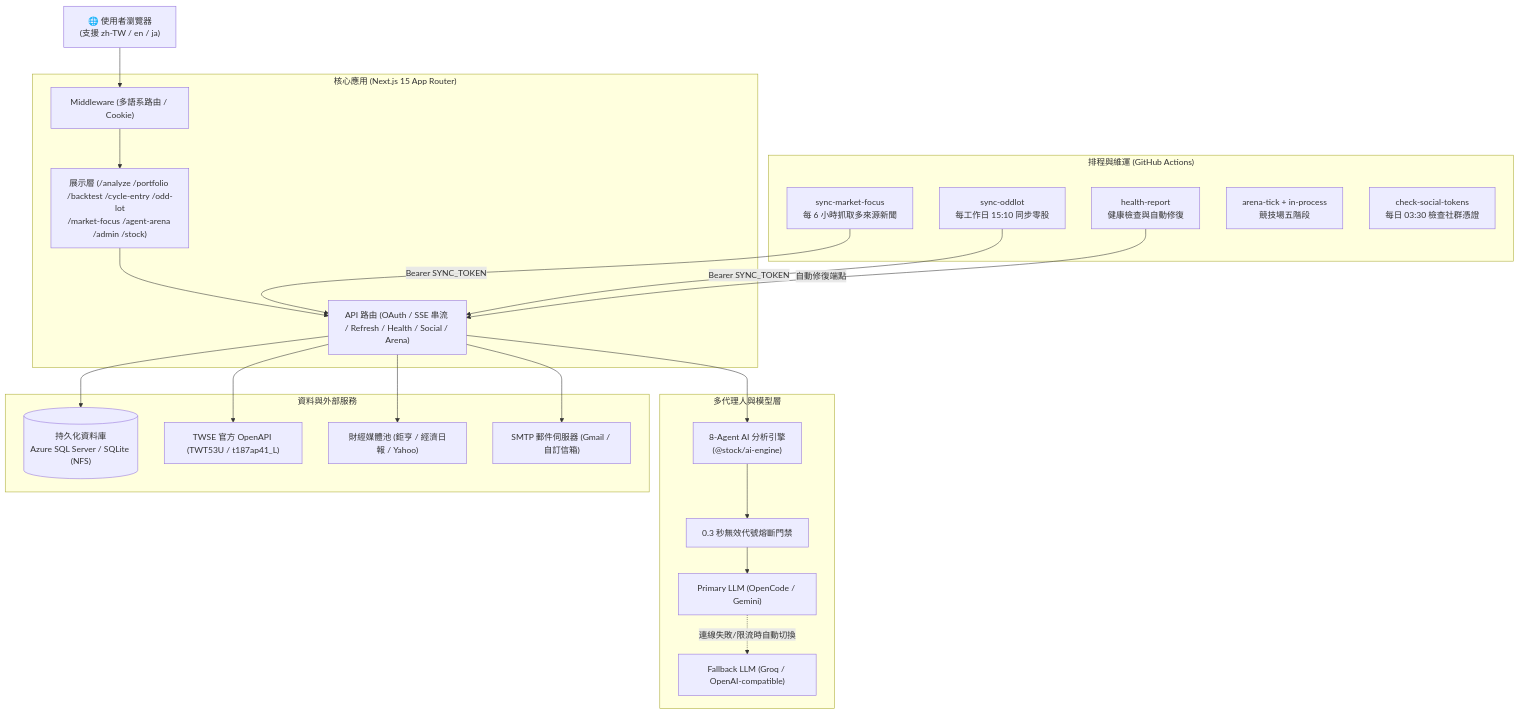
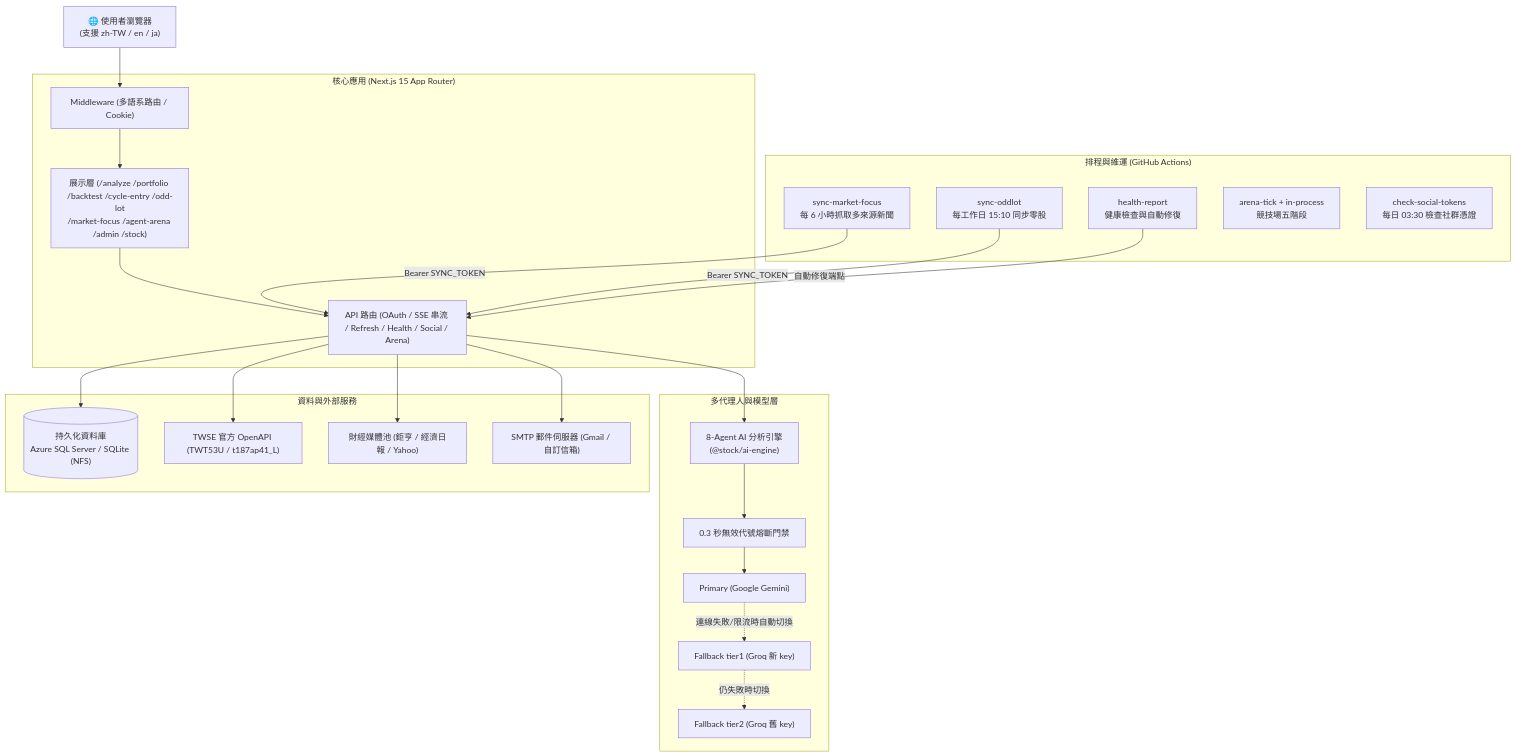
The diagram in docs/architecture-and-tech.md (YozoraRoy/vestential), drawn with Mermaid before and after one commit. The commit also changed other lines of this file and 4 other files, not shown here.

````diff
--- a/docs/architecture-and-tech.md
+++ b/docs/architecture-and-tech.md
@@ -9,46 +9,48 @@
 ```mermaid
 flowchart TB
     User["🌐 使用者瀏覽器<br/>(支援 zh-TW / en / ja)"]
 
     subgraph Actions["排程與維運 (GitHub Actions)"]
         Cron_MF["sync-market-focus<br/>每 6 小時抓取多來源新聞"]
         Cron_ODD["sync-oddlot<br/>每工作日 15:10 同步零股"]
         Cron_Health["health-report<br/>健康檢查與自動修復"]
         Cron_ARENA["arena-tick + in-process<br/>競技場五階段"]
         Cron_SOCIAL["check-social-tokens<br/>每日 03:30 檢查社群憑證"]
     end
 
     subgraph Web["核心應用 (Next.js 15 App Router)"]
         MW["Middleware (多語系路由 / Cookie)"]
         Pages["展示層 (/analyze /portfolio /backtest /cycle-entry /odd-lot<br/>/market-focus /agent-arena /admin /stock)"]
         API["API 路由 (OAuth / SSE 串流 / Refresh / Health / Social / Arena)"]
     end
 
     subgraph CoreEngine["多代理人與模型層"]
         AgentEngine["8-Agent AI 分析引擎<br/>(@stock/ai-engine)"]
         Guard["0.3 秒無效代號熔斷門禁"]
-        LLM_Primary["Primary LLM (OpenCode / Gemini)"]
-        LLM_Fallback["Fallback LLM (Groq / OpenAI-compatible)"]
+        LLM_Primary["Primary (Google Gemini)"]
+        LLM_Fallback["Fallback tier1 (Groq 新 key)"]
+        LLM_Fallback2["Fallback tier2 (Groq 舊 key)"]
     end
 
     subgraph DataLayer["資料與外部服務"]
         DB[("持久化資料庫<br/>Azure SQL Server / SQLite (NFS)")]
         TWSE["TWSE 官方 OpenAPI (TWT53U / t187ap41_L)"]
         NewsSources["財經媒體池 (鉅亨 / 經濟日報 / Yahoo)"]
         Mail["SMTP 郵件伺服器 (Gmail / 自訂信箱)"]
     end
 
     User --> MW --> Pages
     Pages --> API
     API --> AgentEngine
     AgentEngine --> Guard
-    Guard --> LLM_Primary
-    LLM_Primary -.->|連線失敗/限流時自動切換| LLM_Fallback
+        Guard --> LLM_Primary
+        LLM_Primary -.->|連線失敗/限流時自動切換| LLM_Fallback
+        LLM_Fallback -.->|仍失敗時切換| LLM_Fallback2
     API --> DB
     Cron_MF -->|Bearer SYNC_TOKEN| API
     Cron_ODD -->|Bearer SYNC_TOKEN| API
     Cron_Health -->|自動修復端點| API
     API --> TWSE
     API --> NewsSources
     API --> Mail
 ```
````
